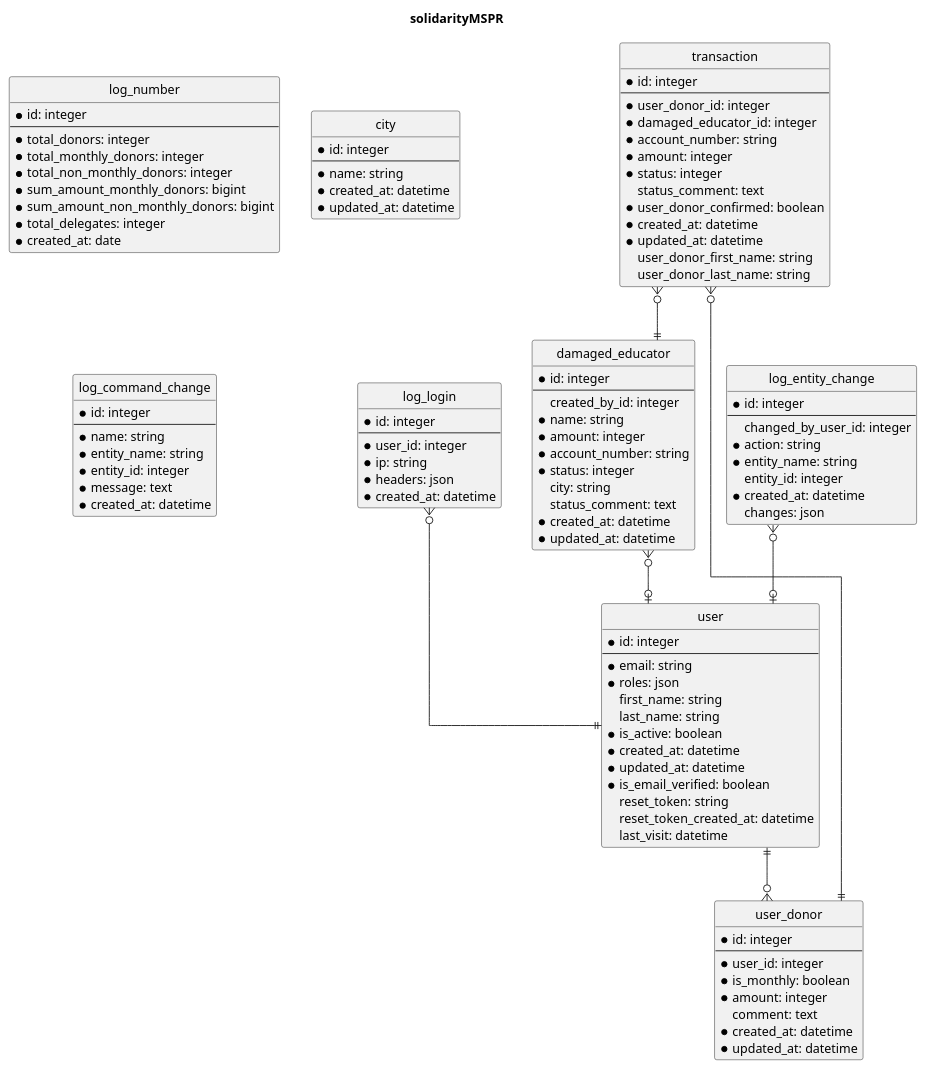
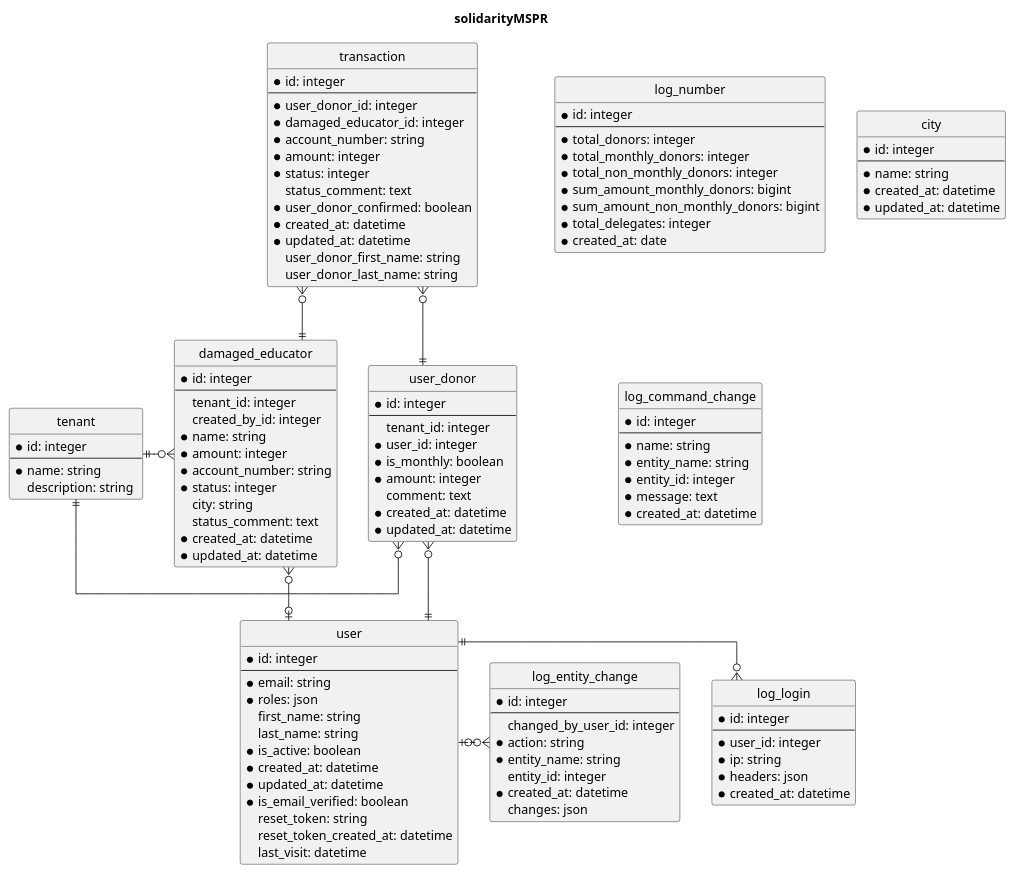
Before and after one commit to IT-Srbija-Org/solidarityMSPR: the diagram in er.puml, drawn with PlantUML.

Commit message:
wip: updated table positions

```diff
--- a/er.puml
+++ b/er.puml
@@ -1,112 +1,126 @@
 @startuml
 hide empty members
 hide circle
 skinparam MinClassWidth 150
 skinparam LineType Ortho
 title solidarityMSPR
 !theme _none_
 entity log_number {
 * id: integer
 --
 * total_donors: integer
 * total_monthly_donors: integer
 * total_non_monthly_donors: integer
 * sum_amount_monthly_donors: bigint
 * sum_amount_non_monthly_donors: bigint
 * total_delegates: integer
 * created_at: date
 }
 entity log_login {
 * id: integer
 --
 * user_id: integer
 * ip: string
 * headers: json
 * created_at: datetime
 }
 entity damaged_educator {
 * id: integer
 --
+ tenant_id: integer
  created_by_id: integer
 * name: string
 * amount: integer
 * account_number: string
 * status: integer
  city: string
  status_comment: text
 * created_at: datetime
 * updated_at: datetime
 }
-entity city {
+entity user_donor {
 * id: integer
 --
-* name: string
+ tenant_id: integer
+* user_id: integer
+* is_monthly: boolean
+* amount: integer
+ comment: text
 * created_at: datetime
 * updated_at: datetime
 }
 entity transaction {
 * id: integer
 --
 * user_donor_id: integer
 * damaged_educator_id: integer
 * account_number: string
 * amount: integer
 * status: integer
  status_comment: text
 * user_donor_confirmed: boolean
 * created_at: datetime
 * updated_at: datetime
  user_donor_first_name: string
  user_donor_last_name: string
 }
-entity user_donor {
+entity city {
 * id: integer
 --
-* user_id: integer
-* is_monthly: boolean
-* amount: integer
- comment: text
+* name: string
 * created_at: datetime
 * updated_at: datetime
 }
 entity log_entity_change {
 * id: integer
 --
  changed_by_user_id: integer
 * action: string
 * entity_name: string
  entity_id: integer
 * created_at: datetime
  changes: json
 }
 entity log_command_change {
 * id: integer
 --
 * name: string
 * entity_name: string
 * entity_id: integer
 * message: text
 * created_at: datetime
 }
 entity user {
 * id: integer
 --
 * email: string
 * roles: json
  first_name: string
  last_name: string
 * is_active: boolean
 * created_at: datetime
 * updated_at: datetime
 * is_email_verified: boolean
  reset_token: string
  reset_token_created_at: datetime
  last_visit: datetime
 }
-log_login }o--|| user
-damaged_educator }o--o| user
-transaction }o--|| damaged_educator
-transaction }o--|| user_donor
-user ||--o{ user_donor
-log_entity_change }o--o| user
+
+entity tenant {
+* id: integer
+--
+* name: string
+ description: string
+}
+
+log_login }o-left-|| user
+log_entity_change }o-left-o| user
+transaction }o-down-|| damaged_educator
+transaction }o-down-|| user_donor
+damaged_educator }o-down-o| user
+user ||-up-o{ user_donor
+
+
+tenant ||-right-o{ user_donor
+tenant ||-right-o{ damaged_educator
 @enduml
```
